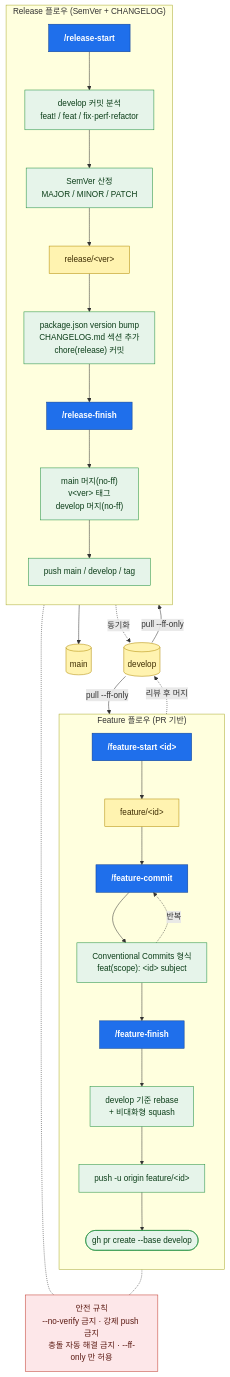
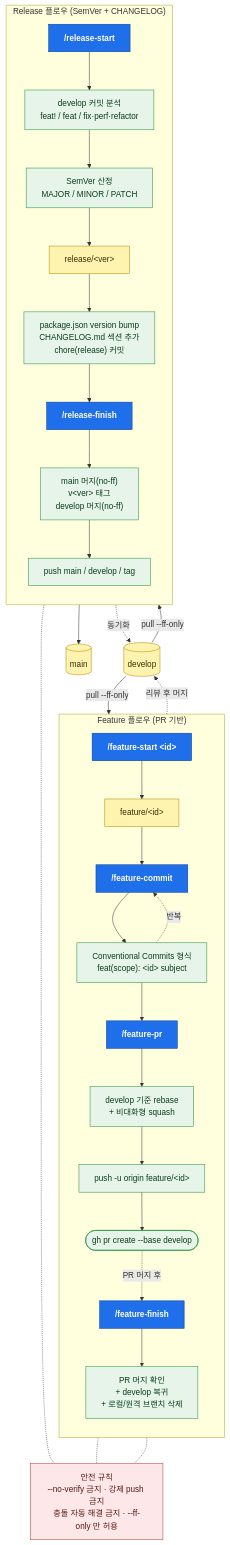
The diagram in README.md (JihoonKim0305/gitflow-sph), drawn with Mermaid before and after one commit. The commit also changed other lines of this file and 5 other files, not shown here.

````diff
--- a/README.md
+++ b/README.md
@@ -71,57 +70,62 @@
 ```mermaid
 flowchart TD
     classDef cmd fill:#1f6feb,stroke:#0b3d91,color:#fff,font-weight:bold
     classDef branch fill:#fff3b0,stroke:#b08900,color:#3d2c00
     classDef action fill:#e6f4ea,stroke:#1e8e3e,color:#0b3d18
     classDef guard fill:#fde7e9,stroke:#c0392b,color:#5b1a12
 
     DEV[("develop")]:::branch
     MAIN[("main")]:::branch
 
     %% ===== Feature flow =====
     subgraph FEATURE["Feature 플로우 (PR 기반)"]
         direction TB
         FS["/feature-start &lt;id&gt;"]:::cmd
         FB["feature/&lt;id&gt;"]:::branch
         FC["/feature-commit"]:::cmd
         FCMSG["Conventional Commits 형식<br/>feat(scope): &lt;id&gt; subject"]:::action
-        FF["/feature-finish"]:::cmd
+        FF["/feature-pr"]:::cmd
         FSQ["develop 기준 rebase<br/>+ 비대화형 squash"]:::action
         FPSH["push -u origin feature/&lt;id&gt;"]:::action
         FPR(["gh pr create --base develop"]):::action
+        FFIN["/feature-finish"]:::cmd
+        FDEL["PR 머지 확인<br/>+ develop 복귀<br/>+ 로컬/원격 브랜치 삭제"]:::action
 
         FS --> FB
         FB --> FC
         FC --> FCMSG
         FCMSG -. 반복 .-> FC
         FCMSG --> FF
         FF --> FSQ --> FPSH --> FPR
+        FPR -. "PR 머지 후" .-> FFIN
+        FFIN --> FDEL
     end
 
     %% ===== Release flow =====
     subgraph RELEASE["Release 플로우 (SemVer + CHANGELOG)"]
         direction TB
         RS["/release-start"]:::cmd
         RANA["develop 커밋 분석<br/>feat! / feat / fix·perf·refactor"]:::action
         RVER["SemVer 산정<br/>MAJOR / MINOR / PATCH"]:::action
         RB["release/&lt;ver&gt;"]:::branch
         RBUMP["package.json version bump<br/>CHANGELOG.md 섹션 추가<br/>chore(release) 커밋"]:::action
         RFIN["/release-finish"]:::cmd
         RMERGE["main 머지(no-ff)<br/>v&lt;ver&gt; 태그<br/>develop 머지(no-ff)"]:::action
         RPUSH["push main / develop / tag"]:::action
 
         RS --> RANA --> RVER --> RB --> RBUMP --> RFIN --> RMERGE --> RPUSH
     end
 
     %% ===== Cross edges =====
     DEV -- "pull --ff-only" --> FS
     FPR -. "리뷰 후 머지" .-> DEV
     DEV -- "pull --ff-only" --> RS
     RPUSH --> MAIN
     RPUSH -. "동기화" .-> DEV
 
     %% ===== Safety guard =====
     GUARD["안전 규칙<br/>--no-verify 금지 · 강제 push 금지<br/>충돌 자동 해결 금지 · --ff-only 만 허용"]:::guard
     FF -.- GUARD
+    FFIN -.- GUARD
     RFIN -.- GUARD
 ```
````
